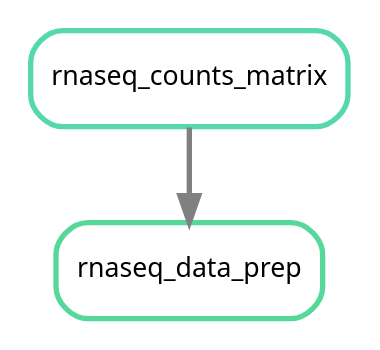
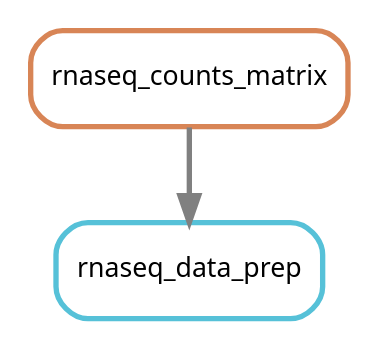
One commit to NCBI-Hackathons/Pharmacogenomics_Prediction_Pipeline_P3 changed the diagram in doc/source/images/normed_counts.dot. Above: the diagram before and after it, drawn with Graphviz. The commit also changed 29 other files, not shown here.

```diff
--- a/doc/source/images/normed_counts.dot
+++ b/doc/source/images/normed_counts.dot
@@ -1,8 +1,8 @@
 digraph snakemake_dag {
     graph[bgcolor=white, margin=0];
     node[shape=box, style=rounded, fontname=sans,                 fontsize=10, penwidth=2];
     edge[penwidth=2, color=grey];
-	0[label = "rnaseq_counts_matrix", color = "0.44 0.6 0.85", style="rounded"];
-	1[label = "rnaseq_data_prep", color = "0.42 0.6 0.85", style="rounded"];
-	0 -> 1
+	0[label = "rnaseq_data_prep", color = "0.53 0.6 0.85", style="rounded"];
+	1[label = "rnaseq_counts_matrix", color = "0.06 0.6 0.85", style="rounded"];
+	1 -> 0
 }            
```
